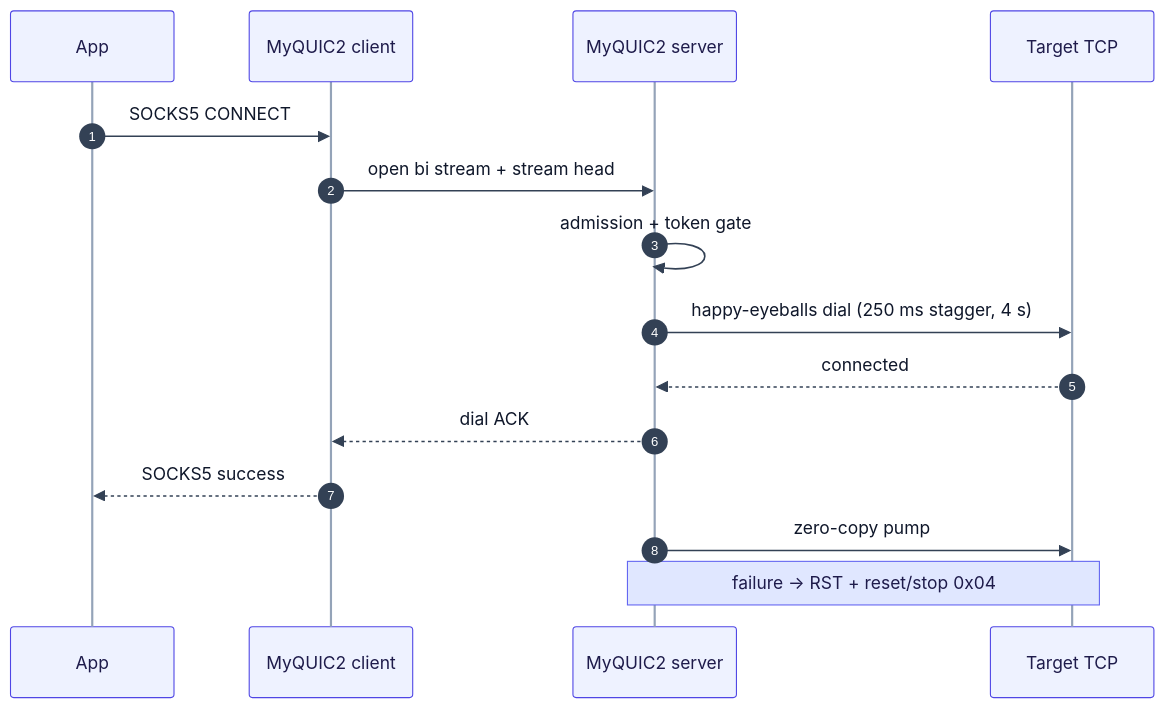
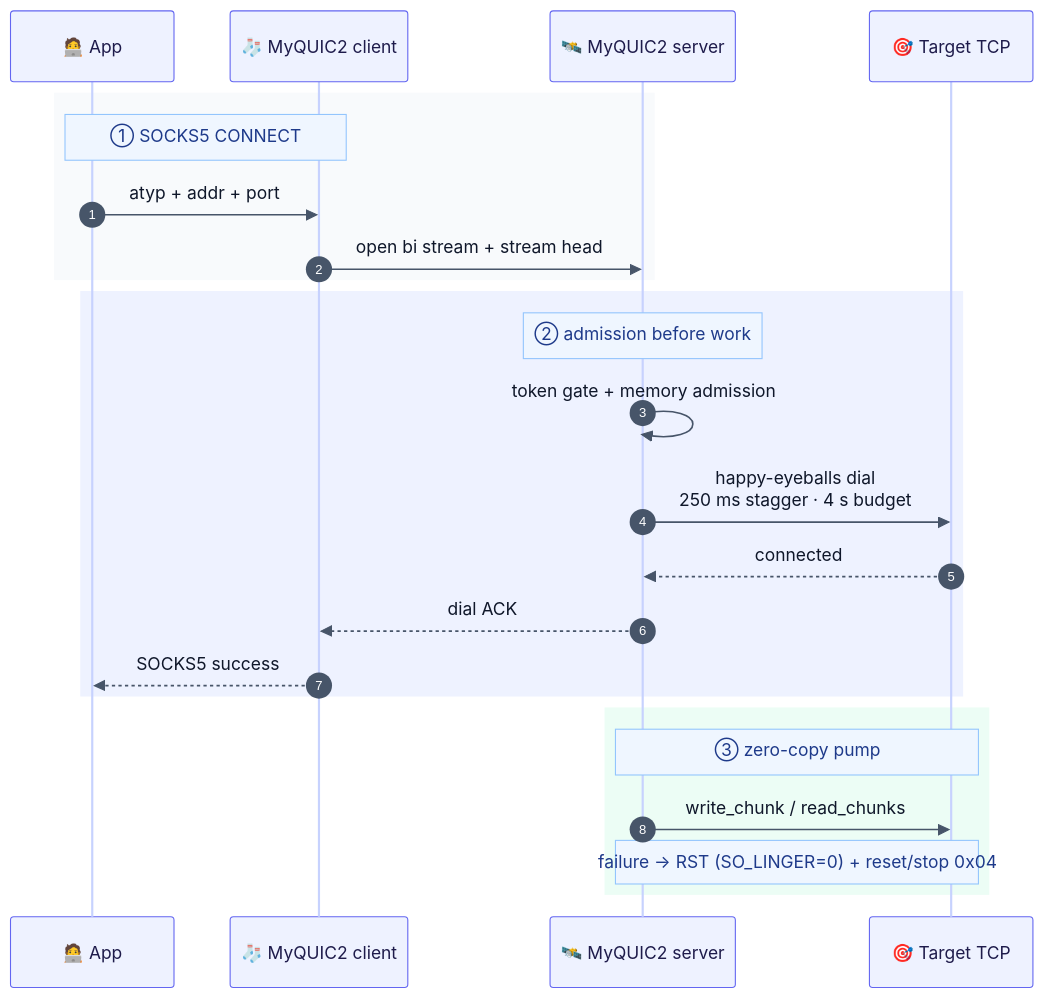
The seventh of 25 diagrams in README.md (Terutoki/MyQUIC2), drawn with Mermaid before and after one commit. The commit also changed other lines of this file, not shown here.

First line of the commit message:
docs(readme): redraw the Mermaid atlas with a polished visual system

````diff
--- a/README.md
+++ b/README.md
@@ -487,18 +503,27 @@
 ```mermaid
-%%{init: {"theme":"base","themeVariables":{"fontSize":"14px","actorBkg":"#eef2ff","actorBorder":"#4f46e5","actorTextColor":"#1e1b4b","actorLineColor":"#94a3b8","signalColor":"#334155","signalTextColor":"#0f172a","labelBoxBkgColor":"#e0e7ff","labelBoxBorderColor":"#6366f1","labelTextColor":"#1e1b4b","loopTextColor":"#1e1b4b","noteBkgColor":"#e0e7ff","noteBorderColor":"#6366f1","noteTextColor":"#1e1b4b","activationBkgColor":"#c7d2fe","activationBorderColor":"#4f46e5","sequenceNumberBackgroundColor":"#4f46e5","sequenceNumberColor":"#ffffff"}}}%%
+%%{init: {"theme":"base","themeVariables":{"fontSize":"15px","actorBkg":"#eef2ff","actorBorder":"#6366f1","actorTextColor":"#1e1b4b","actorLineColor":"#c7d2fe","signalColor":"#475569","signalTextColor":"#0f172a","labelBoxBkgColor":"#f8fafc","labelBoxBorderColor":"#cbd5e1","labelTextColor":"#0f172a","loopTextColor":"#0f172a","noteBkgColor":"#eff6ff","noteBorderColor":"#93c5fd","noteTextColor":"#1e3a8a","activationBkgColor":"#e0e7ff","activationBorderColor":"#6366f1","sequenceNumberBackgroundColor":"#6366f1","sequenceNumberColor":"#ffffff"}} }%%
 sequenceDiagram
-autonumber
-    participant App
-    participant Client as MyQUIC2 client
-    participant Server as MyQUIC2 server
-    participant TCP as Target TCP
-    App->>Client: SOCKS5 CONNECT
-    Client->>Server: open bi stream + stream head
-    Server->>Server: admission + token gate
-    Server->>TCP: happy-eyeballs dial (250 ms stagger, 4 s)
-    TCP-->>Server: connected
-    Server-->>Client: dial ACK
-    Client-->>App: SOCKS5 success
-    Server->>TCP: zero-copy pump
-    Note over Server,TCP: failure -> RST + reset/stop 0x04
+    autonumber
+    participant App as 🧑‍💻 App
+    participant Client as 🧦 MyQUIC2 client
+    participant Server as 🛰️ MyQUIC2 server
+    participant Target as 🎯 Target TCP
+        rect rgb(248, 250, 252)
+            Note over App,Client: ① SOCKS5 CONNECT
+            App->>Client: atyp + addr + port
+            Client->>Server: open bi stream + stream head
+        end
+        rect rgb(238, 242, 255)
+            Note over Server: ② admission before work
+            Server->>Server: token gate + memory admission
+            Server->>Target: happy-eyeballs dial<br/>250 ms stagger · 4 s budget
+            Target-->>Server: connected
+            Server-->>Client: dial ACK
+            Client-->>App: SOCKS5 success
+        end
+        rect rgb(236, 253, 245)
+            Note over Server,Target: ③ zero-copy pump
+            Server->>Target: write_chunk / read_chunks
+            Note over Server,Target: failure → RST (SO_LINGER=0) + reset/stop 0x04
+        end
 ```
````
